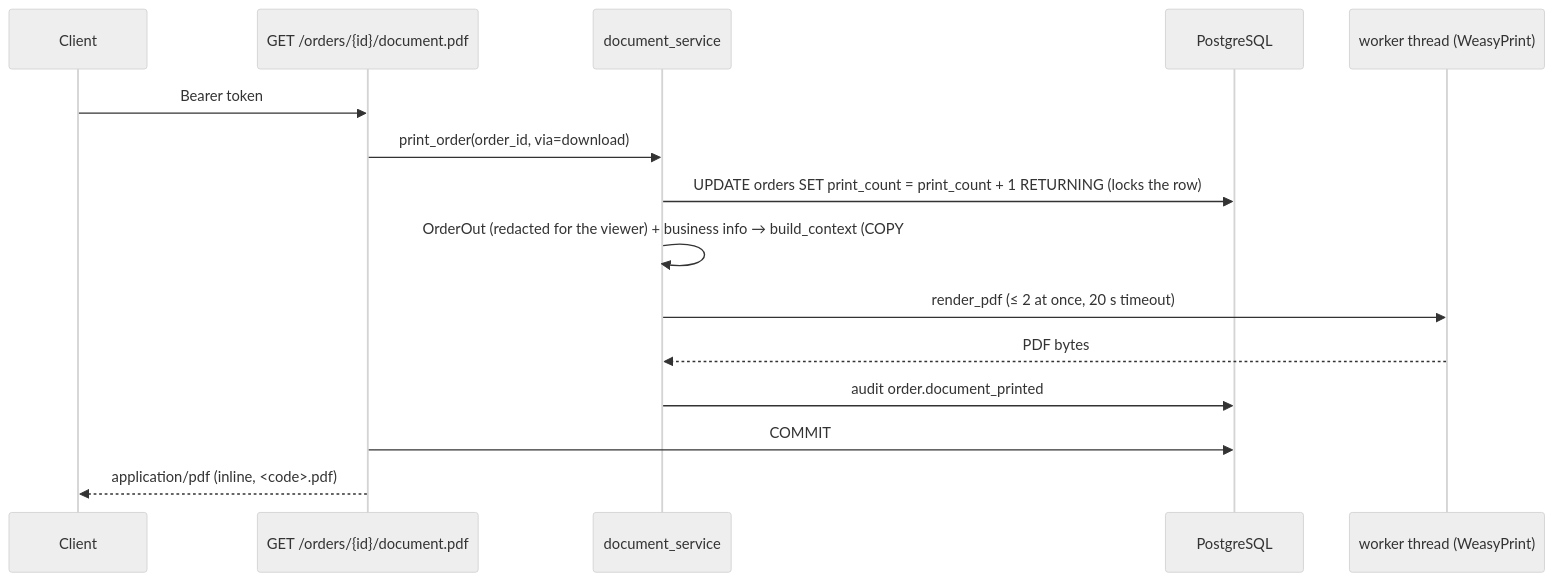
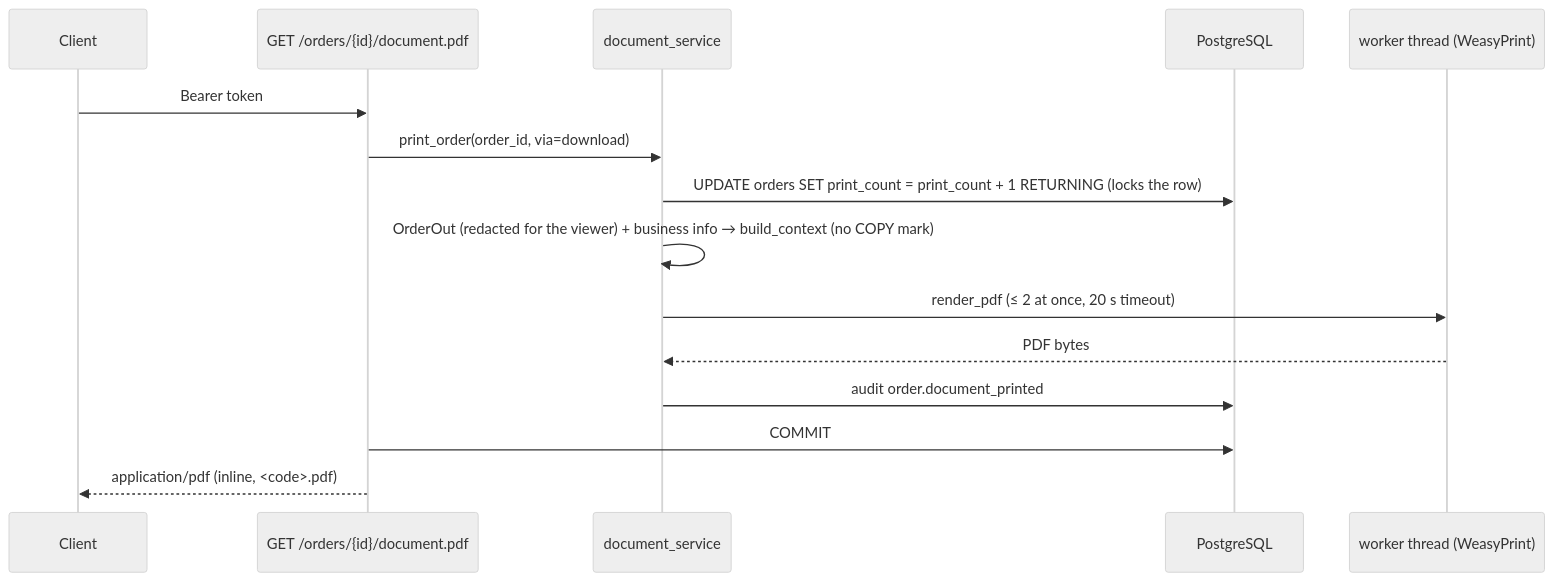
The ninth of 15 diagrams in meanchey-grilled-chicken-api/docs/ARCHITECTURE.md (RathanakSeng/meanchey-grilled-chicken), drawn with Mermaid (neutral theme) before and after one commit. The commit also changed other lines of this file and 43 other files, not shown here.

````diff
--- a/meanchey-grilled-chicken-api/docs/ARCHITECTURE.md
+++ b/meanchey-grilled-chicken-api/docs/ARCHITECTURE.md
@@ -864,18 +864,18 @@
 ```mermaid
 sequenceDiagram
     participant C as Client
     participant R as GET /orders/{id}/document.pdf
     participant D as document_service
     participant DB as PostgreSQL
     participant W as worker thread (WeasyPrint)
 
     C->>R: Bearer token
     R->>D: print_order(order_id, via=download)
     D->>DB: UPDATE orders SET print_count = print_count + 1 RETURNING (locks the row)
-    D->>D: OrderOut (redacted for the viewer) + business info → build_context (COPY #n if n > 1)
+    D->>D: OrderOut (redacted for the viewer) + business info → build_context (no COPY mark)
     D->>W: render_pdf (≤ 2 at once, 20 s timeout)
     W-->>D: PDF bytes
     D->>DB: audit order.document_printed
     R->>DB: COMMIT
     R-->>C: application/pdf (inline, <code>.pdf)
 ```
````
